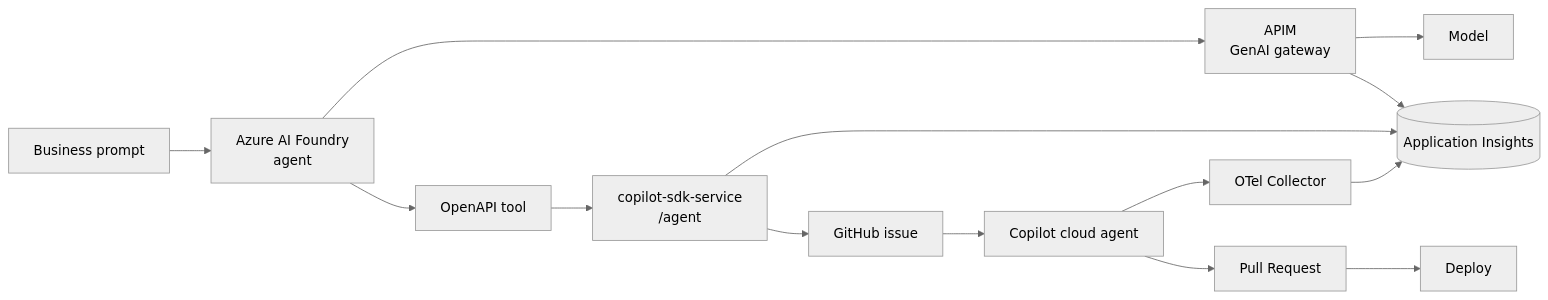
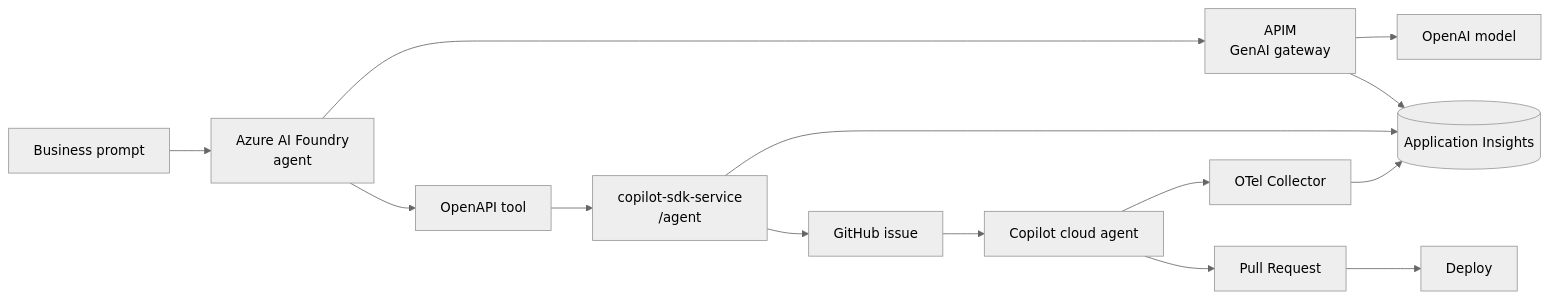
The diagram in README.md (eduxfernandes05/agentic-sdlc-azure), drawn with Mermaid (neutral theme) before and after one commit. The commit also changed other lines of this file and 4 other files, not shown here.

First line of the commit message:
docs: add wow system-overview diagram; fix Foundry + OpenAI logos in banner

````diff
--- a/README.md
+++ b/README.md
@@ -65,10 +74,10 @@
 ```mermaid
 flowchart LR
     U["Business prompt"] --> F["Azure AI Foundry<br/>agent"]
-    F --> A["APIM<br/>GenAI gateway"] --> M["Model"]
+    F --> A["APIM<br/>GenAI gateway"] --> M["OpenAI model"]
     F --> T["OpenAPI tool"] --> API["copilot-sdk-service<br/>/agent"]
     API --> I["GitHub issue"] --> C["Copilot cloud agent"] --> PR["Pull Request"] --> D["Deploy"]
     A --> AI[("Application Insights")]
     API --> AI
     C --> OT["OTel Collector"] --> AI
 ```
````
